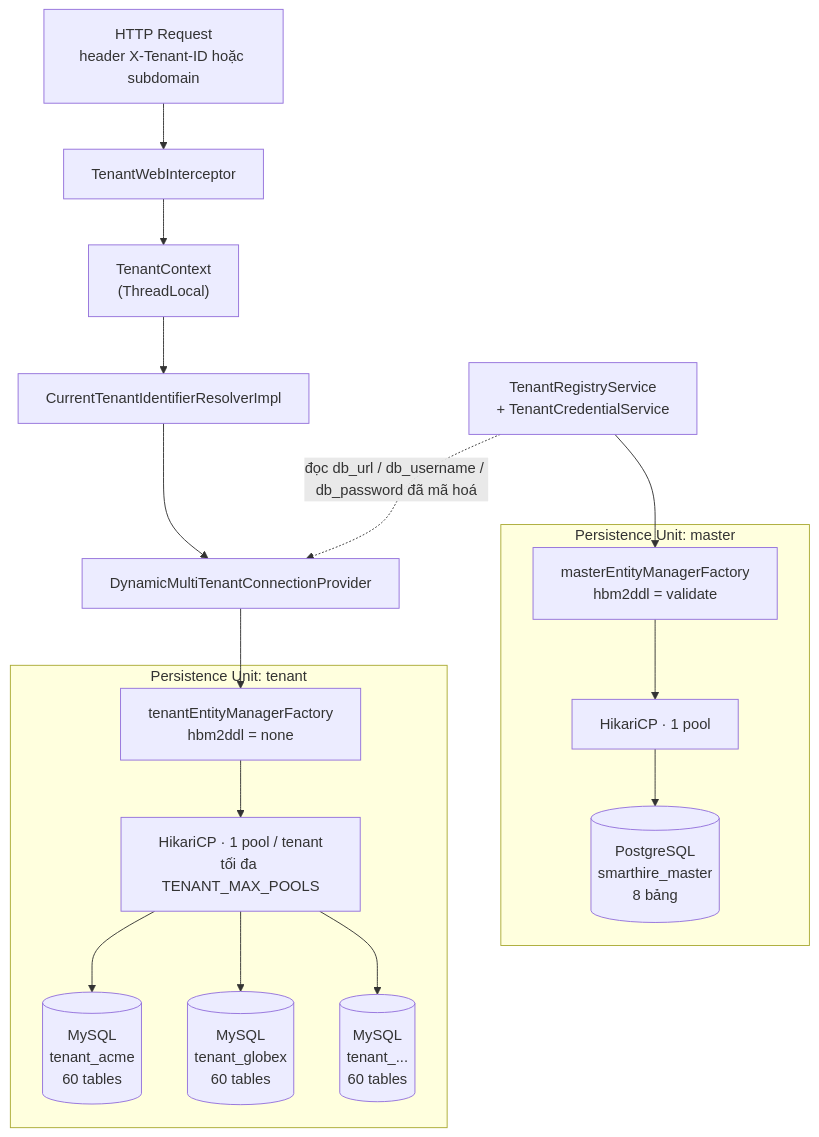
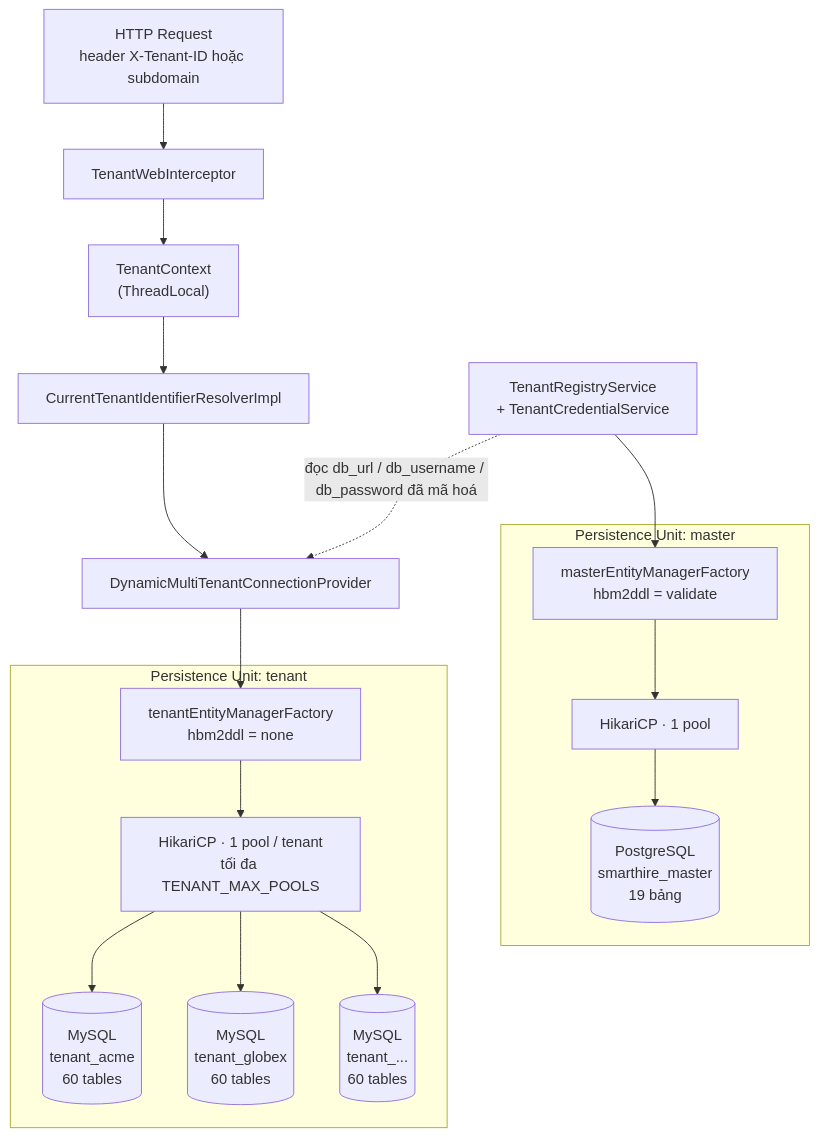
Before and after one commit to hieupnh12/SmartHire-AI: the first of 11 diagrams in docs/database/README.md, drawn with Mermaid. The commit also changed other lines of this file and 58 other files, not shown here.

````diff
--- a/docs/database/README.md
+++ b/docs/database/README.md
@@ -79,32 +79,32 @@
 ```mermaid
 flowchart TB
     REQ["HTTP Request<br/>header X-Tenant-ID hoặc subdomain"]
     ITC["TenantWebInterceptor"]
     CTX["TenantContext<br/>(ThreadLocal)"]
     RES["CurrentTenantIdentifierResolverImpl"]
     REG["TenantRegistryService<br/>+ TenantCredentialService"]
     PRV["DynamicMultiTenantConnectionProvider"]
 
     subgraph MASTER["Persistence Unit: master"]
         MEMF["masterEntityManagerFactory<br/>hbm2ddl = validate"]
         MDS["HikariCP · 1 pool"]
-        PG[("PostgreSQL<br/>smarthire_master<br/>8 bảng")]
+        PG[("PostgreSQL<br/>smarthire_master<br/>19 bảng")]
     end
 
     subgraph TENANT["Persistence Unit: tenant"]
         TEMF["tenantEntityManagerFactory<br/>hbm2ddl = none"]
         TDS["HikariCP · 1 pool / tenant<br/>tối đa TENANT_MAX_POOLS"]
         MY1[("MySQL<br/>tenant_acme<br/>60 tables")]
         MY2[("MySQL<br/>tenant_globex<br/>60 tables")]
         MYN[("MySQL<br/>tenant_...<br/>60 tables")]
     end
 
     REQ --> ITC --> CTX --> RES --> PRV
     REG -. "đọc db_url / db_username / db_password đã mã hoá" .-> PRV
     REG --> MEMF
     MEMF --> MDS --> PG
     PRV --> TEMF --> TDS
     TDS --> MY1
     TDS --> MY2
     TDS --> MYN
 ```
````
